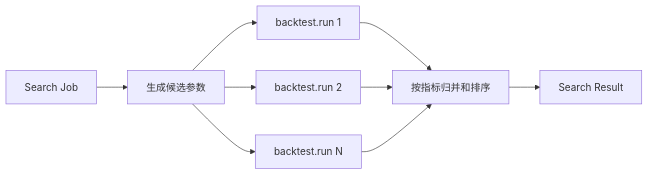
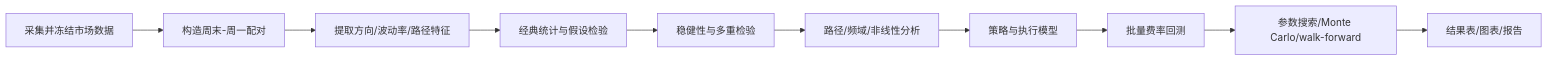
Before and after one commit to RESBI/StockStatistic: the first of 2 diagrams in V31design/designV31/DESIGN_GENERALIZE.md, drawn with Mermaid. The commit also changed other lines of this file and 18 other files, not shown here.

Commit message:
V3.1 docs: finalize architecture and delivery plan

````diff
--- a/V31design/designV31/DESIGN_GENERALIZE.md
+++ b/V31design/designV31/DESIGN_GENERALIZE.md
@@ -233,11 +41,12 @@
 ```mermaid
 flowchart LR
-    J[Search Job] --> P[生成候选参数]
-    P --> B1[backtest.run 1]
-    P --> B2[backtest.run 2]
-    P --> BN[backtest.run N]
-    B1 --> R[按指标归并和排序]
-    B2 --> R
-    BN --> R
-    R --> O[Search Result]
+    A[采集并冻结市场数据] --> B[构造周末-周一配对]
+    B --> C[提取方向/波动率/路径特征]
+    C --> D[经典统计与假设检验]
+    D --> E[稳健性与多重检验]
+    E --> F[路径/频域/非线性分析]
+    F --> G[策略与执行模型]
+    G --> H[批量费率回测]
+    H --> I[参数搜索/Monte Carlo/walk-forward]
+    I --> J[结果表/图表/报告]
 ```
````
